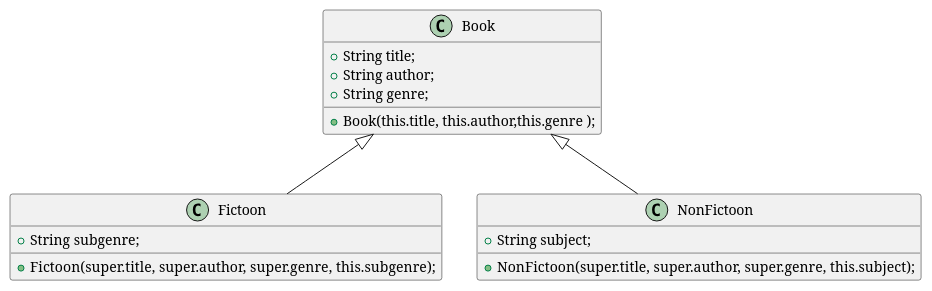
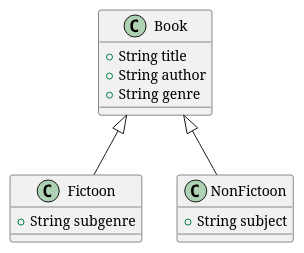
Before and after one commit to orm-camp-flutter-2ki/learn_dart_together: the diagram in lib/240312/book/book.plantuml, drawn with PlantUML. The commit also changed 4 other files, not shown here.

Commit message:
fix : uml 수정

```diff
--- a/lib/240312/book/book.plantuml
+++ b/lib/240312/book/book.plantuml
@@ -1,23 +1,19 @@
 @startuml Book
 
 class Book {
-  +String title;
-  +String author;
-  +String genre;
-
-  +Book(this.title, this.author,this.genre );
+  +String title
+  +String author
+  +String genre
 }
 
 
 class Fictoon extends Book {
-  +String subgenre;
-  +Fictoon(super.title, super.author, super.genre, this.subgenre);
-}
+  +String subgenre
+  }
 
 class NonFictoon extends Book {
   
-  +String subject;
-  +NonFictoon(super.title, super.author, super.genre, this.subject);
-}
+  +String subject
+  }
 
 @enduml
```
